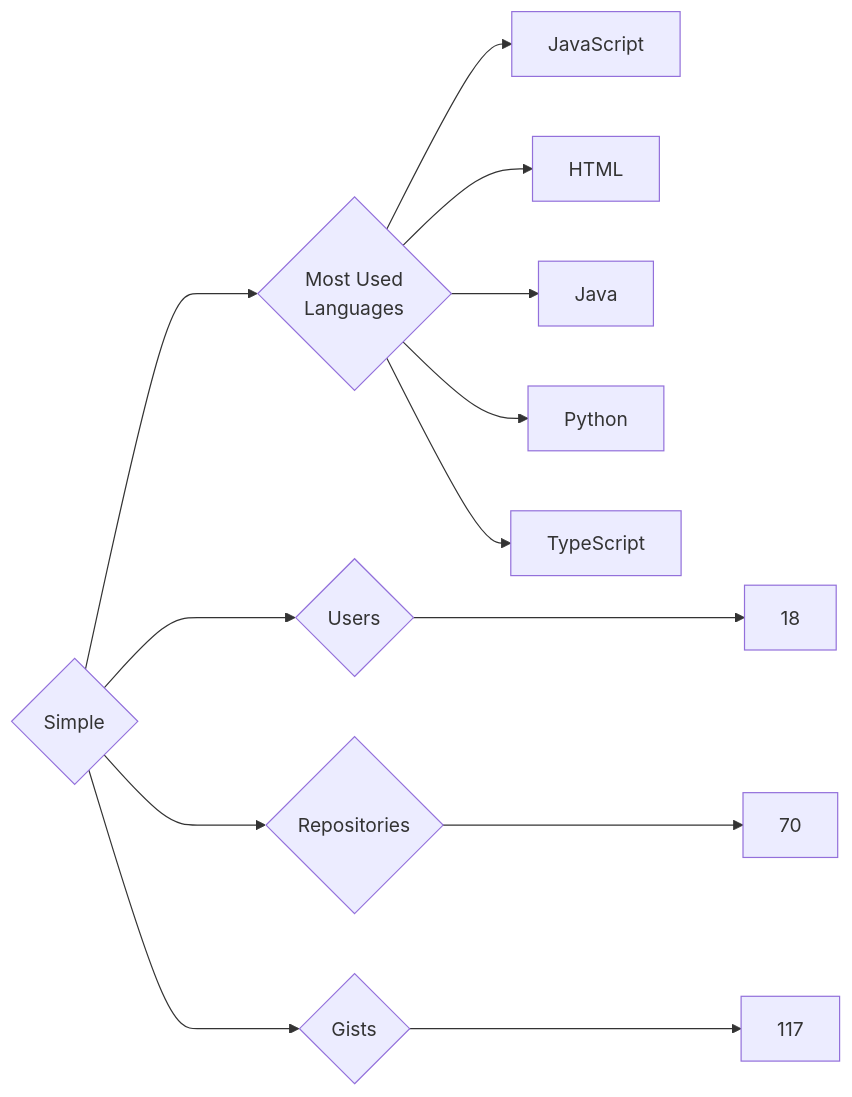
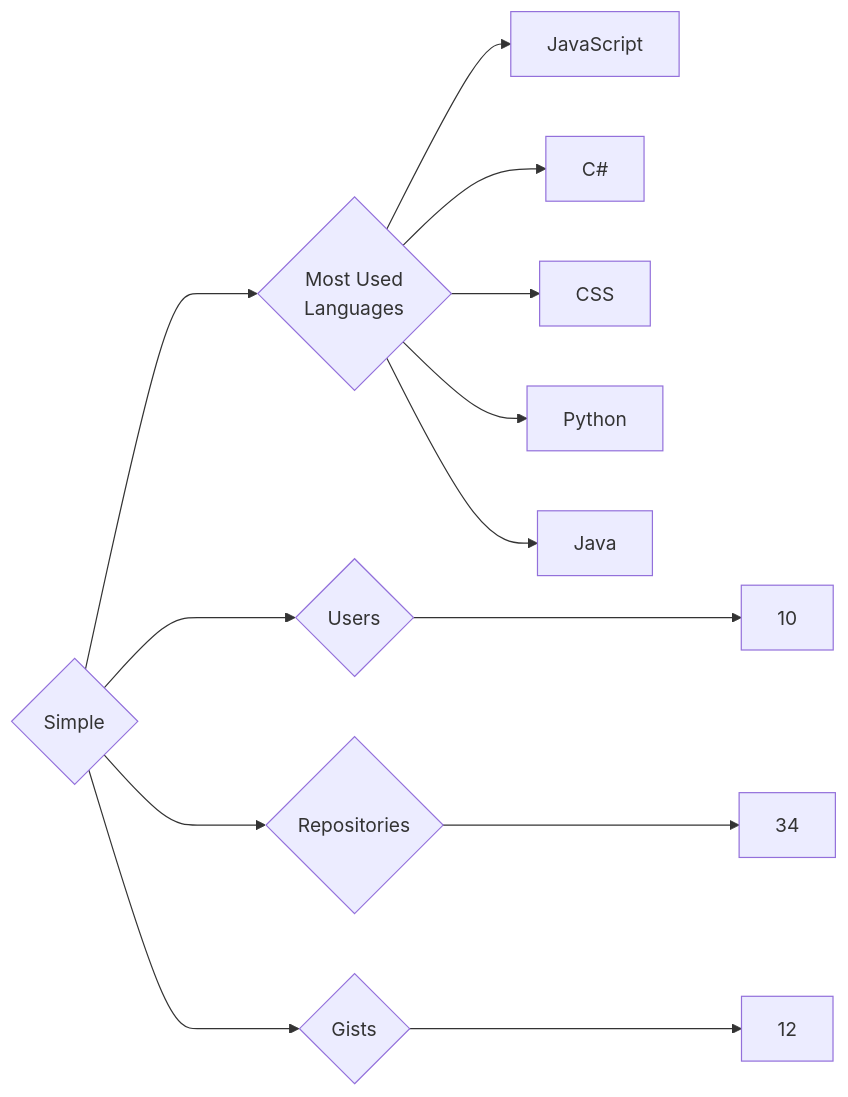
One commit to trickest/insiders changed the diagram in targets/Simple/README.md. Above: the diagram before and after it, drawn with Mermaid. The commit also changed 835 other files, not shown here.

````diff
--- a/targets/Simple/README.md
+++ b/targets/Simple/README.md
@@ -3,13 +3,13 @@
 ```mermaid
 graph LR
 COMPANY_NAME{Simple}
-COMPANY_NAME ---> U{Users} ---> UN[18]
-COMPANY_NAME ---> R{Repositories} ---> RN[70]
-COMPANY_NAME ---> G{Gists} ---> GN[117]
+COMPANY_NAME ---> U{Users} ---> UN[10]
+COMPANY_NAME ---> R{Repositories} ---> RN[34]
+COMPANY_NAME ---> G{Gists} ---> GN[12]
 COMPANY_NAME ---> ML{Most Used<br>Languages}
 ML --> JavaScript[JavaScript]
-ML --> HTML[HTML]
+ML --> C#[C#]
+ML --> CSS[CSS]
+ML --> Python[Python]
 ML --> Java[Java]
-ML --> Python[Python]
-ML --> TypeScript[TypeScript]
 ```
````
